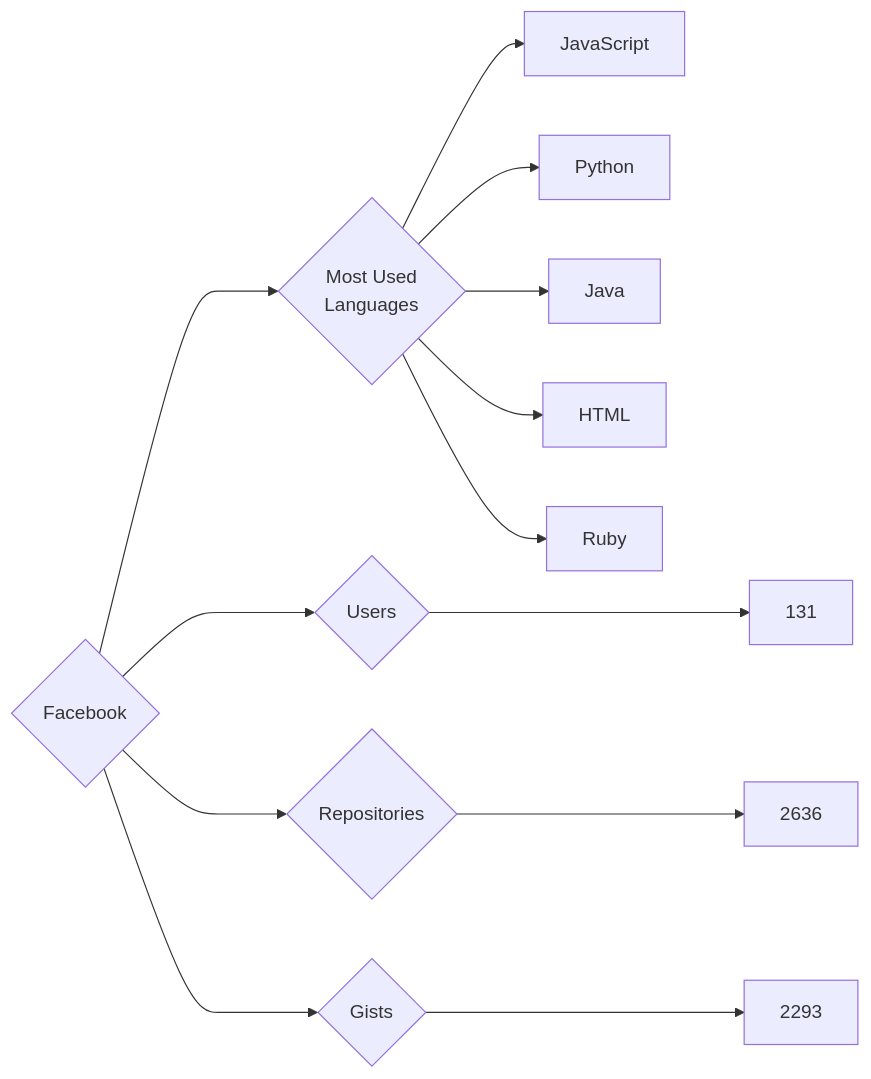
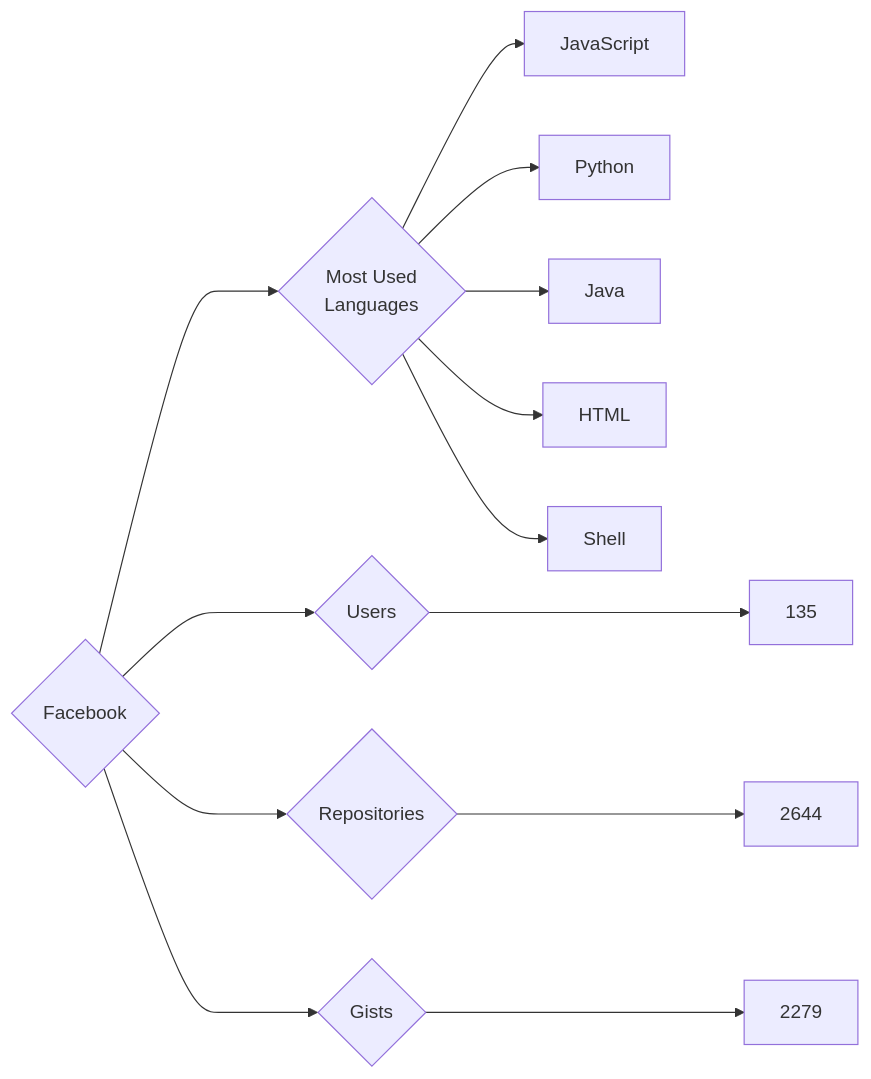
Before and after one commit to trickest/insiders: the diagram in targets/Facebook/README.md, drawn with Mermaid. The commit also changed 775 other files, not shown here.

````diff
--- a/targets/Facebook/README.md
+++ b/targets/Facebook/README.md
@@ -3,13 +3,13 @@
 ```mermaid
 graph LR
 COMPANY_NAME{Facebook}
-COMPANY_NAME ---> U{Users} ---> UN[131]
-COMPANY_NAME ---> R{Repositories} ---> RN[2636]
-COMPANY_NAME ---> G{Gists} ---> GN[2293]
+COMPANY_NAME ---> U{Users} ---> UN[135]
+COMPANY_NAME ---> R{Repositories} ---> RN[2644]
+COMPANY_NAME ---> G{Gists} ---> GN[2279]
 COMPANY_NAME ---> ML{Most Used<br>Languages}
 ML --> JavaScript[JavaScript]
 ML --> Python[Python]
 ML --> Java[Java]
 ML --> HTML[HTML]
-ML --> Ruby[Ruby]
+ML --> Shell[Shell]
 ```
````
